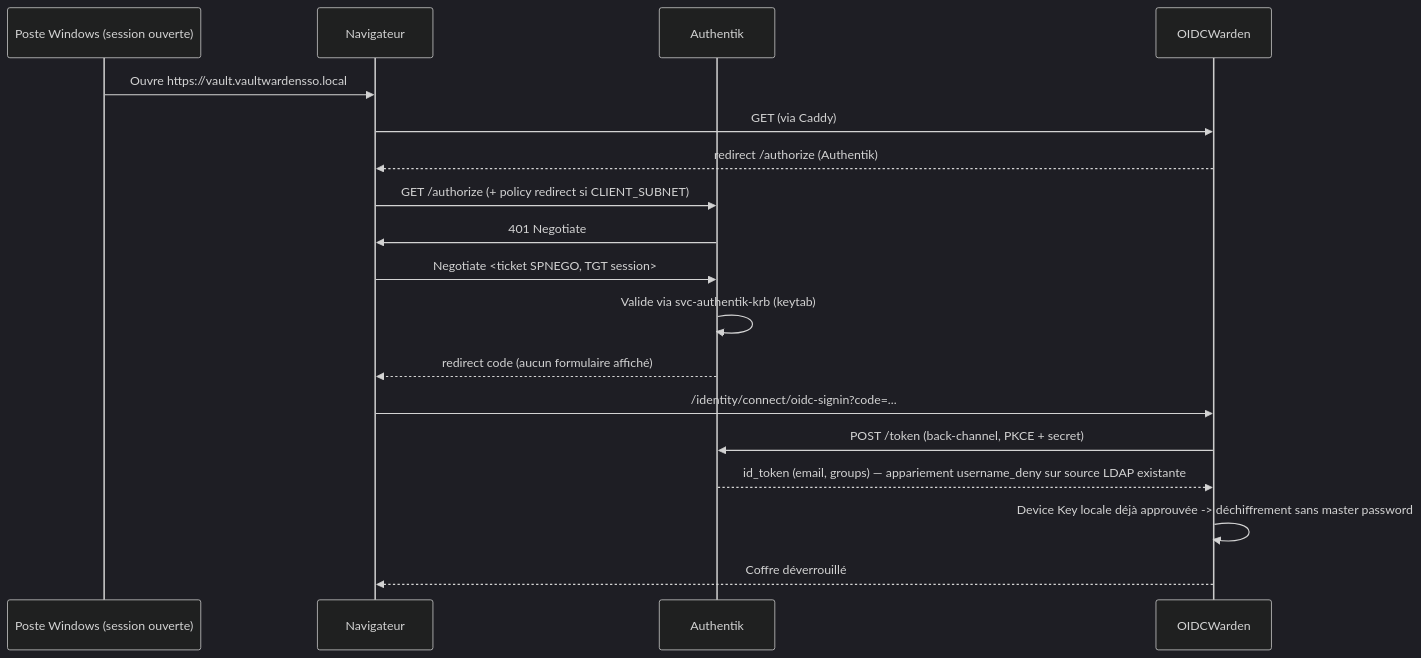
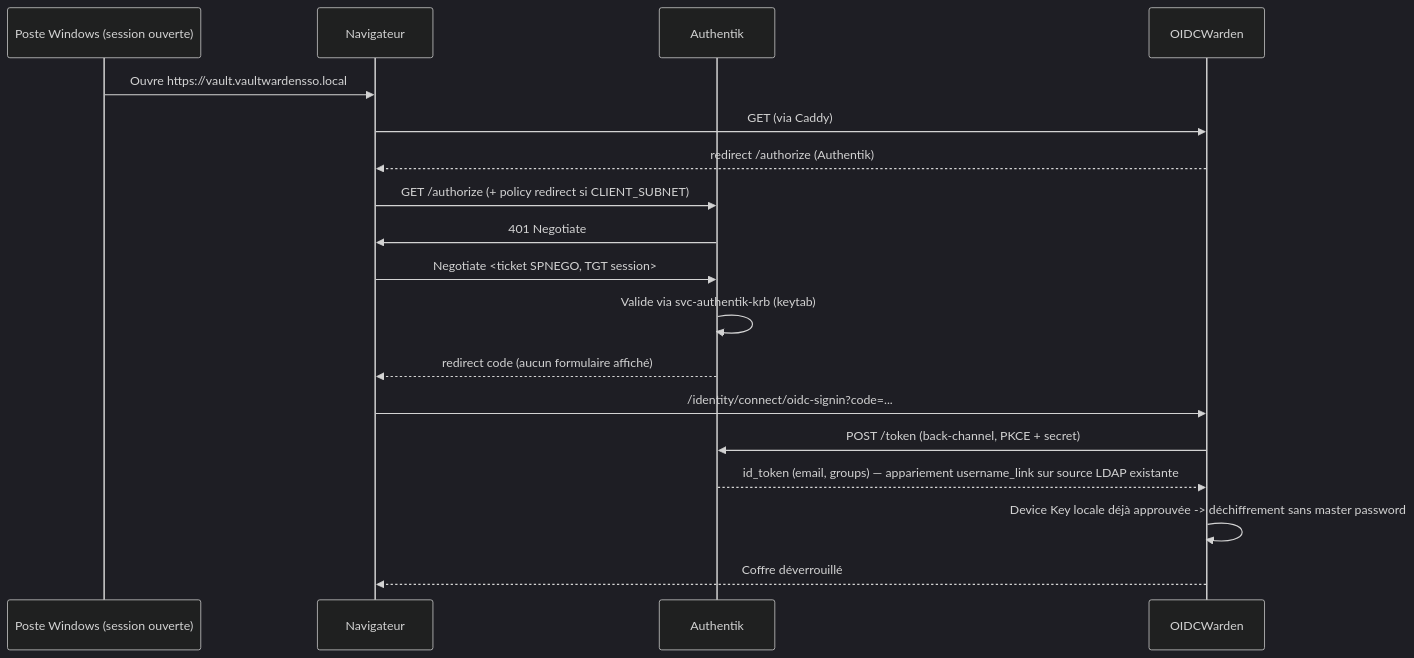
Before and after one commit to Phoenix0108/vaultwarden-stack-SSO: the second of 2 diagrams in docs/01_architecture.md, drawn with Mermaid (dark theme). The commit also changed 4 other files, not shown here.

First line of the commit message:
Fix user_matching_mode: username_link, not username_deny

````diff
--- a/docs/01_architecture.md
+++ b/docs/01_architecture.md
@@ -53,20 +53,20 @@
 ```mermaid
 sequenceDiagram
     participant U as Poste Windows (session ouverte)
     participant N as Navigateur
     participant A as Authentik
     participant V as OIDCWarden
     U->>N: Ouvre https://vault.vaultwardensso.local
     N->>V: GET (via Caddy)
     V-->>N: redirect /authorize (Authentik)
     N->>A: GET /authorize (+ policy redirect si CLIENT_SUBNET)
     A->>N: 401 Negotiate
     N->>A: Negotiate <ticket SPNEGO, TGT session>
     A->>A: Valide via svc-authentik-krb (keytab)
     A-->>N: redirect code (aucun formulaire affiché)
     N->>V: /identity/connect/oidc-signin?code=...
     V->>A: POST /token (back-channel, PKCE + secret)
-    A-->>V: id_token (email, groups) — appariement username_deny sur source LDAP existante
+    A-->>V: id_token (email, groups) — appariement username_link sur source LDAP existante
     V->>V: Device Key locale déjà approuvée -> déchiffrement sans master password
     V-->>N: Coffre déverrouillé
 ```
````
